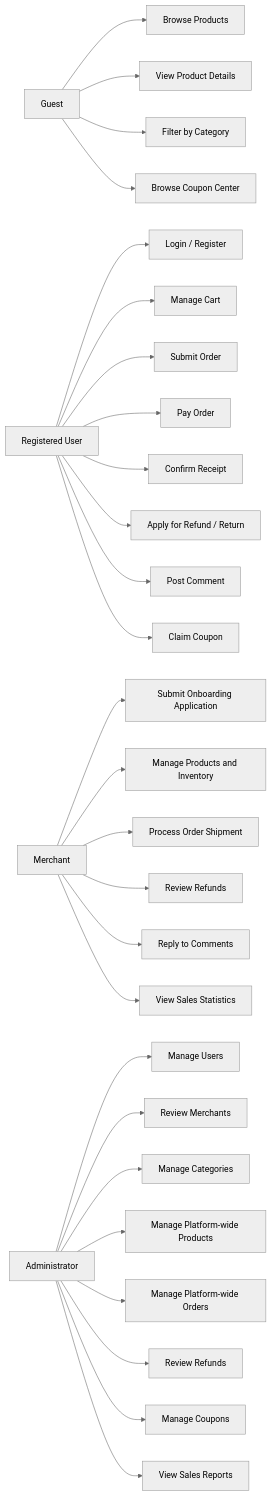
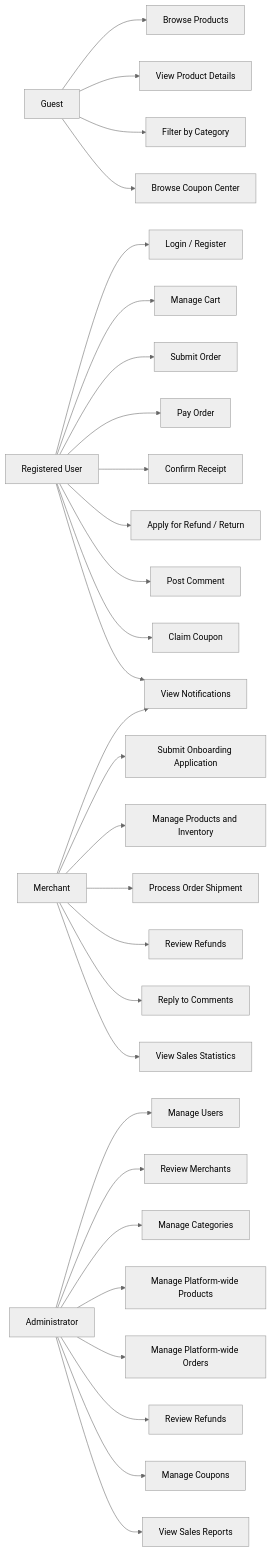
Before and after one commit to KIM406-CMD/chrono: the third of 13 diagrams in docs/en/object-oriented-development.md, drawn with Mermaid (neutral theme). The commit also changed other lines of this file and 25 other files, not shown here.

First line of the commit message:
docs: 同步站内通知与商家隔离文档及 UML

````diff
--- a/docs/en/object-oriented-development.md
+++ b/docs/en/object-oriented-development.md
@@ -109,37 +109,39 @@
 ```mermaid
 flowchart LR
     G["Guest"]
     U["Registered User"]
     M["Merchant"]
     A["Administrator"]
 
     G --> UC1["Browse Products"]
     G --> UC2["View Product Details"]
     G --> UC3["Filter by Category"]
     G --> UC4["Browse Coupon Center"]
 
     U --> UC5["Login / Register"]
     U --> UC6["Manage Cart"]
     U --> UC7["Submit Order"]
     U --> UC8["Pay Order"]
     U --> UC9["Confirm Receipt"]
     U --> UC10["Apply for Refund / Return"]
     U --> UC11["Post Comment"]
     U --> UC12["Claim Coupon"]
+    U --> UC27["View Notifications"]
 
     M --> UC13["Submit Onboarding Application"]
     M --> UC14["Manage Products and Inventory"]
     M --> UC15["Process Order Shipment"]
     M --> UC16["Review Refunds"]
     M --> UC17["Reply to Comments"]
     M --> UC18["View Sales Statistics"]
+    M --> UC27["View Notifications"]
 
     A --> UC19["Manage Users"]
     A --> UC20["Review Merchants"]
     A --> UC21["Manage Categories"]
     A --> UC22["Manage Platform-wide Products"]
     A --> UC23["Manage Platform-wide Orders"]
     A --> UC24["Review Refunds"]
     A --> UC25["Manage Coupons"]
     A --> UC26["View Sales Reports"]
 ```
````
